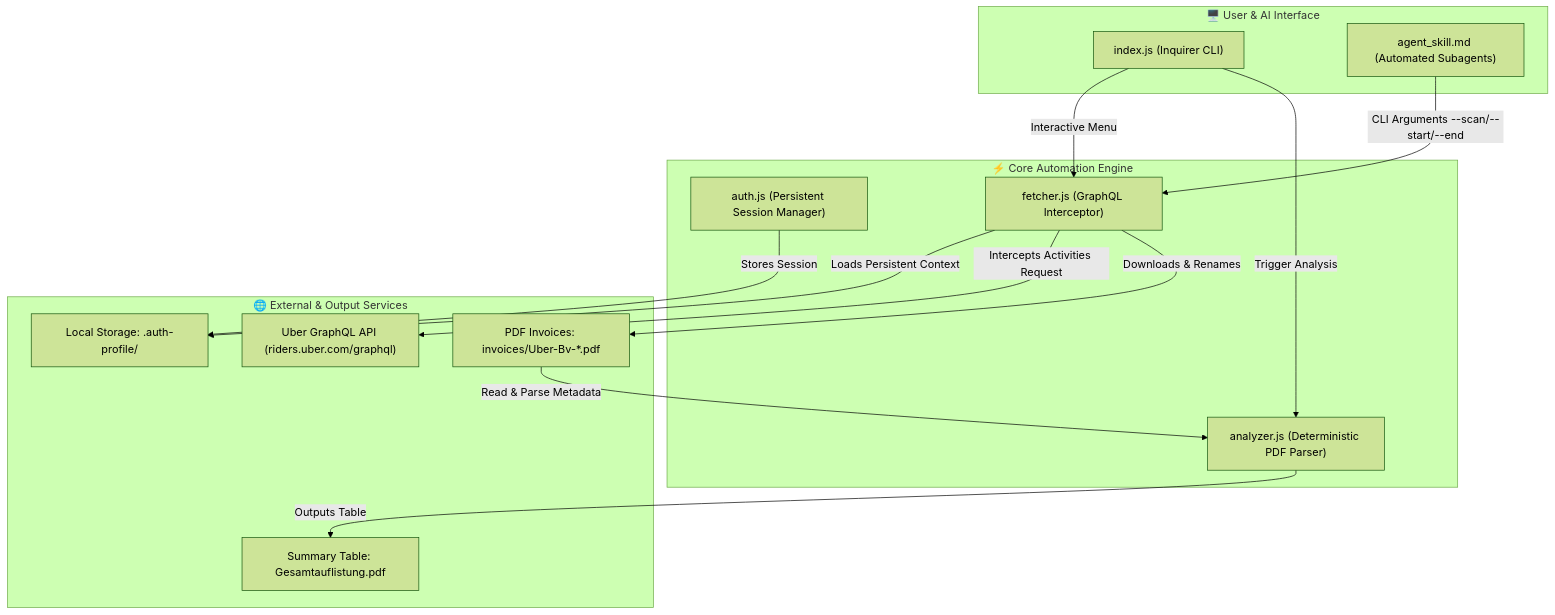
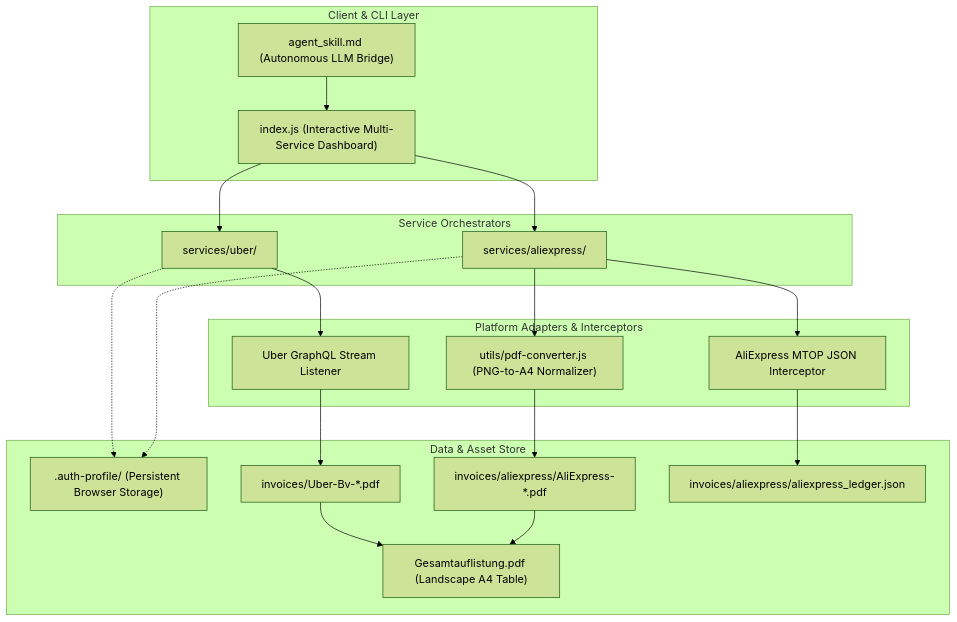
One commit to hybridlabor-api/invoice-scrape-agent changed the diagram in .openwiki/architecture.md. Above: the diagram before and after it, drawn with Mermaid (forest theme). The commit also changed other lines of this file and 16 other files, not shown here.

Commit message:
feat(aliexpress): integrate AliExpress order fetcher, PNG-to-PDF converter, and unified multi-service CLI

````diff
--- a/.openwiki/architecture.md
+++ b/.openwiki/architecture.md
@@ -9,30 +9,44 @@
 ```mermaid
-flowchart TD
-    subgraph Client ["🖥️ User & AI Interface"]
-        CLI["index.js (Inquirer CLI)"]
-        AGENT["agent_skill.md (Automated Subagents)"]
+graph TD
+    subgraph Client ["Client & CLI Layer"]
+        CLI["index.js (Interactive Multi-Service Dashboard)"]
+        AGENT["agent_skill.md (Autonomous LLM Bridge)"]
     end
 
-    subgraph Core ["⚡ Core Automation Engine"]
-        AUTH["auth.js (Persistent Session Manager)"]
-        FETCH["fetcher.js (GraphQL Interceptor)"]
-        PARSE["analyzer.js (Deterministic PDF Parser)"]
+    subgraph Orchestration ["Service Orchestrators"]
+        U_ORCH["services/uber/"]
+        A_ORCH["services/aliexpress/"]
     end
 
-    subgraph External ["🌐 External & Output Services"]
-        UBER["Uber GraphQL API (riders.uber.com/graphql)"]
-        STORAGE["Local Storage: .auth-profile/"]
-        PDFS["PDF Invoices: invoices/Uber-Bv-*.pdf"]
-        REPORT["Summary Table: Gesamtauflistung.pdf"]
+    subgraph Adapters ["Platform Adapters & Interceptors"]
+        U_GQL["Uber GraphQL Stream Listener"]
+        A_MTOP["AliExpress MTOP JSON Interceptor"]
+        PDF_CONV["utils/pdf-converter.js (PNG-to-A4 Normalizer)"]
     end
 
-    CLI -->|Interactive Menu| FETCH
-    AGENT -->|CLI Arguments --scan/--start/--end| FETCH
-    AUTH -->|Stores Session| STORAGE
-    FETCH -->|Loads Persistent Context| STORAGE
-    FETCH -->|Intercepts Activities Request| UBER
-    FETCH -->|Downloads & Renames| PDFS
-    CLI -->|Trigger Analysis| PARSE
-    PDFS -->|Read & Parse Metadata| PARSE
-    PARSE -->|Outputs Table| REPORT
+    subgraph DataStore ["Data & Asset Store"]
+        AUTH_STORE[".auth-profile/ (Persistent Browser Storage)"]
+        UBER_INV["invoices/Uber-Bv-*.pdf"]
+        ALI_INV["invoices/aliexpress/AliExpress-*.pdf"]
+        LEDGER["invoices/aliexpress/aliexpress_ledger.json"]
+        REPORTS["Gesamtauflistung.pdf (Landscape A4 Table)"]
+    end
+
+    CLI --> U_ORCH
+    CLI --> A_ORCH
+    AGENT --> CLI
+
+    U_ORCH --> U_GQL
+    A_ORCH --> A_MTOP
+    A_ORCH --> PDF_CONV
+
+    U_ORCH -.-> AUTH_STORE
+    A_ORCH -.-> AUTH_STORE
+
+    U_GQL --> UBER_INV
+    PDF_CONV --> ALI_INV
+    A_MTOP --> LEDGER
+
+    UBER_INV --> REPORTS
+    ALI_INV --> REPORTS
 ```
````
